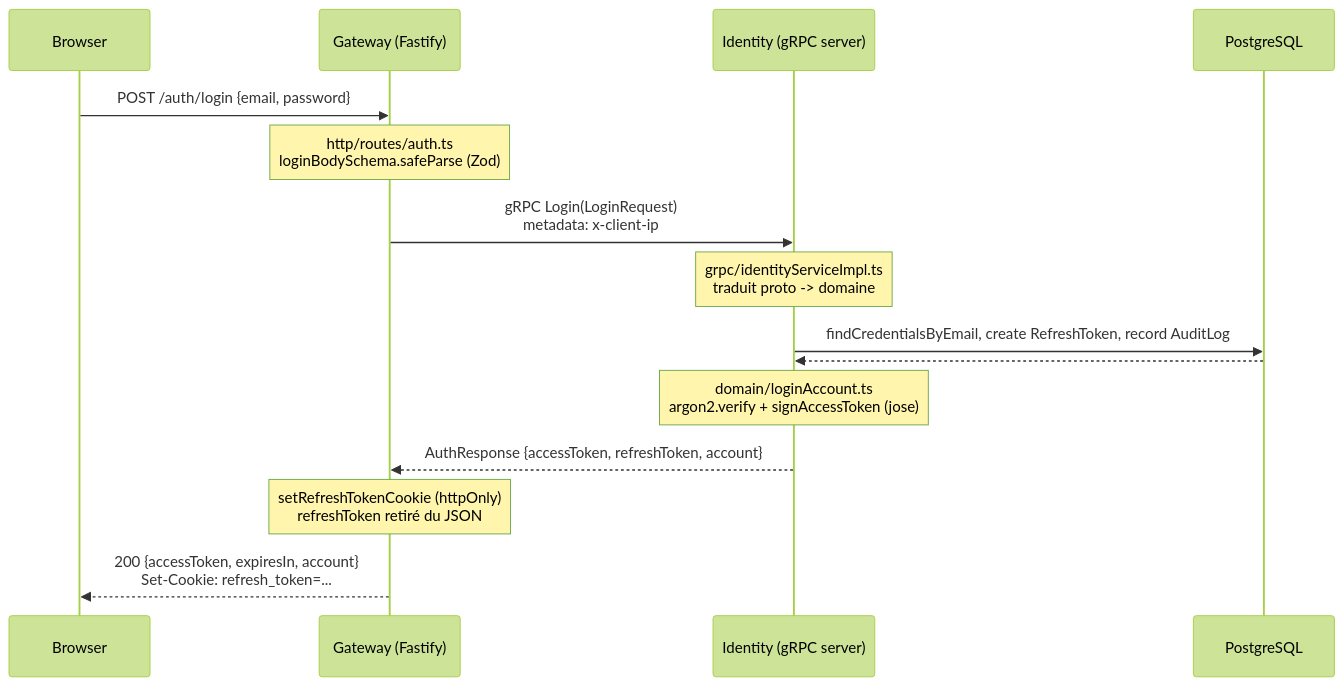
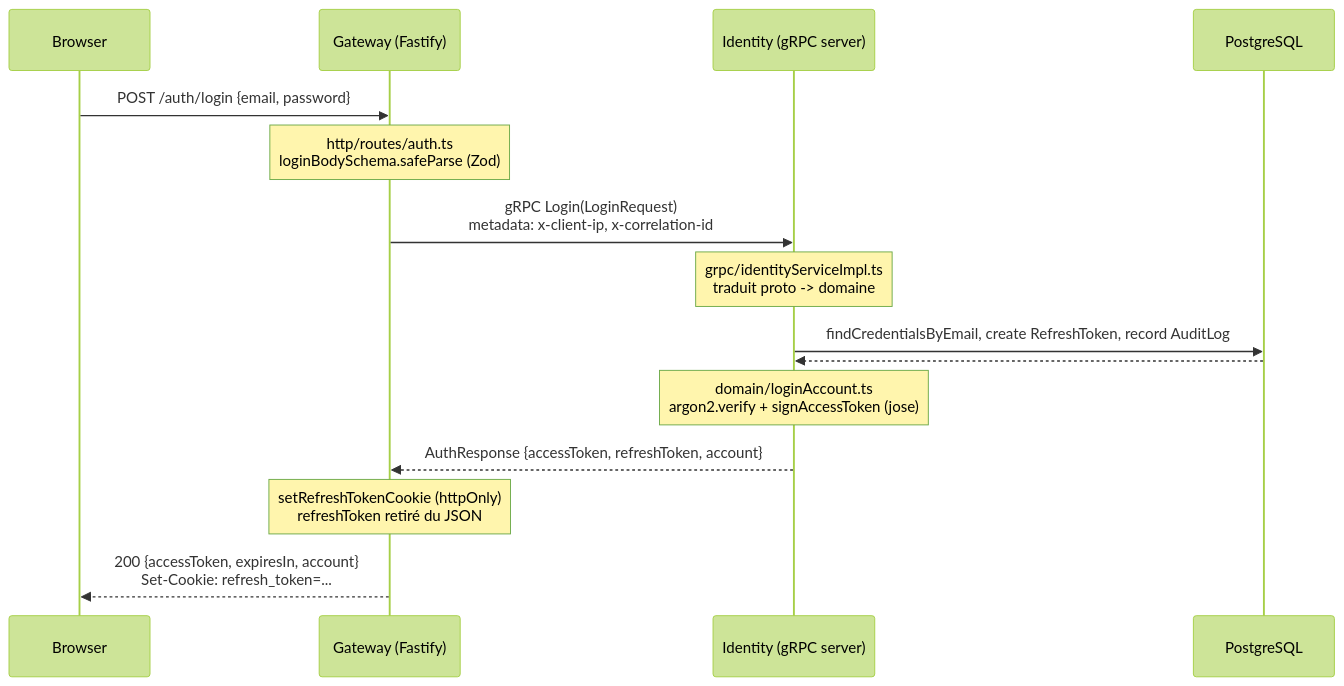
The diagram in docs/ARCHITECTURE.md (djiredjibril/streaming-platform), drawn with Mermaid (forest theme) before and after one commit. The commit also changed other lines of this file and 2 other files, not shown here.

Commit message:
docs(identity): document correlation_id propagation (README, CHANGELOG, ARCHITECTURE.md)

````diff
--- a/docs/ARCHITECTURE.md
+++ b/docs/ARCHITECTURE.md
@@ -18,18 +18,18 @@
 ```mermaid
 sequenceDiagram
     participant Browser
     participant Gateway as Gateway (Fastify)
     participant Identity as Identity (gRPC server)
     participant DB as PostgreSQL
 
     Browser->>Gateway: POST /auth/login {email, password}
     Note over Gateway: http/routes/auth.ts<br/>loginBodySchema.safeParse (Zod)
-    Gateway->>Identity: gRPC Login(LoginRequest)<br/>metadata: x-client-ip
+    Gateway->>Identity: gRPC Login(LoginRequest)<br/>metadata: x-client-ip, x-correlation-id
     Note over Identity: grpc/identityServiceImpl.ts<br/>traduit proto -> domaine
     Identity->>DB: findCredentialsByEmail, create RefreshToken, record AuditLog
     DB-->>Identity: 
     Note over Identity: domain/loginAccount.ts<br/>argon2.verify + signAccessToken (jose)
     Identity-->>Gateway: AuthResponse {accessToken, refreshToken, account}
     Note over Gateway: setRefreshTokenCookie (httpOnly)<br/>refreshToken retiré du JSON
     Gateway-->>Browser: 200 {accessToken, expiresIn, account}<br/>Set-Cookie: refresh_token=...
 ```
````
